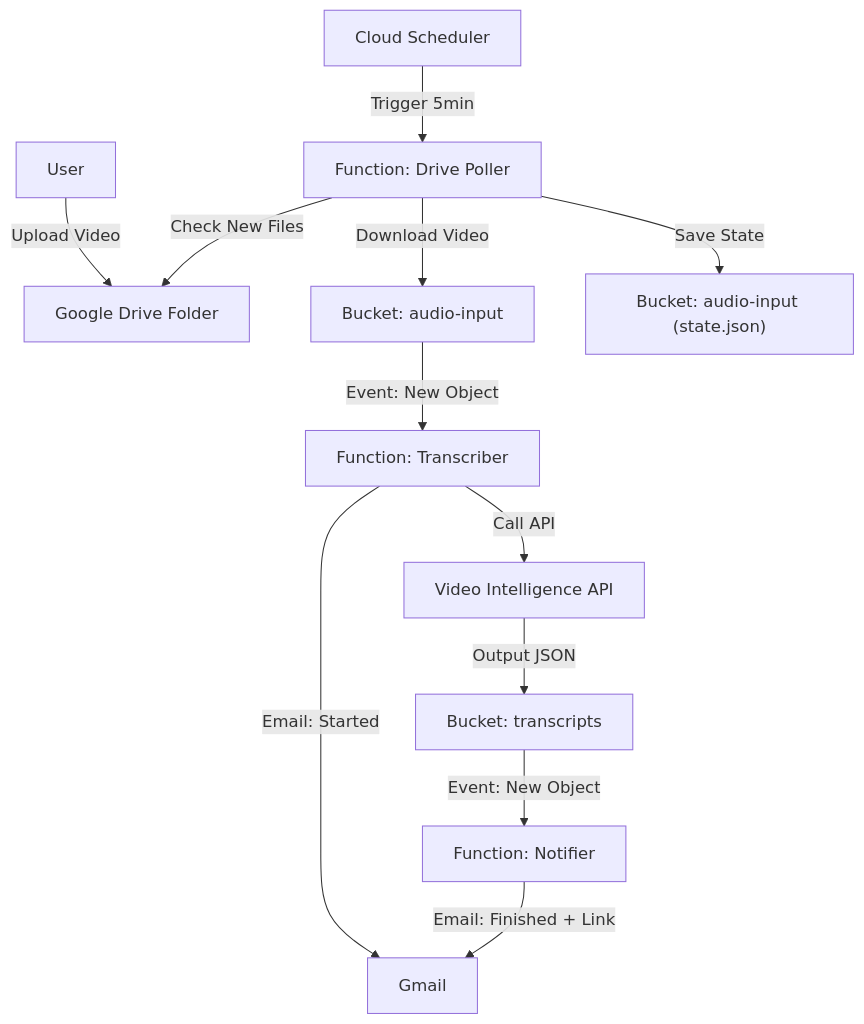
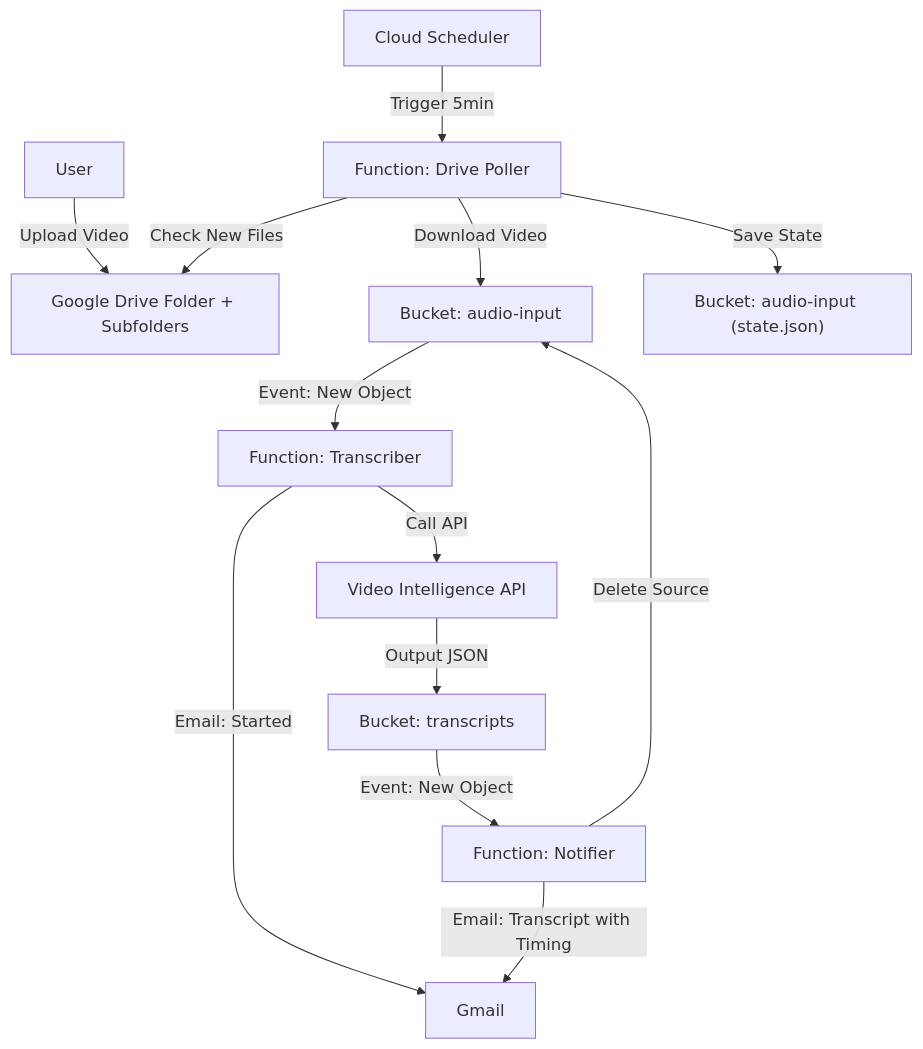
Before and after one commit to didiberman/Cloud-Run-Google-Drive-Transcriber: the diagram in README.md, drawn with Mermaid. The commit also changed other lines of this file and 4 other files, not shown here.

````diff
--- a/README.md
+++ b/README.md
@@ -9,16 +19,17 @@
 ```mermaid
 graph TD
-    User[User] -->|Upload Video| Drive[Google Drive Folder]
+    User[User] -->|Upload Video| Drive[Google Drive Folder + Subfolders]
     Scheduler[Cloud Scheduler] -->|Trigger 5min| Poller[Function: Drive Poller]
     Poller -->|Check New Files| Drive
     Poller -->|Download Video| BucketIn["Bucket: audio-input"]
     Poller -->|Save State| BucketState["Bucket: audio-input (state.json)"]
-    
+
     BucketIn -->|Event: New Object| Transcriber["Function: Transcriber"]
     Transcriber -->|Email: Started| Gmail
     Transcriber -->|Call API| VideoAPI["Video Intelligence API"]
     VideoAPI -->|Output JSON| BucketOut["Bucket: transcripts"]
-    
+
     BucketOut -->|Event: New Object| Notifier["Function: Notifier"]
-    Notifier -->|Email: Finished + Link| Gmail
+    Notifier -->|Email: Transcript with Timing| Gmail
+    Notifier -->|Delete Source| BucketIn
 ```
````
